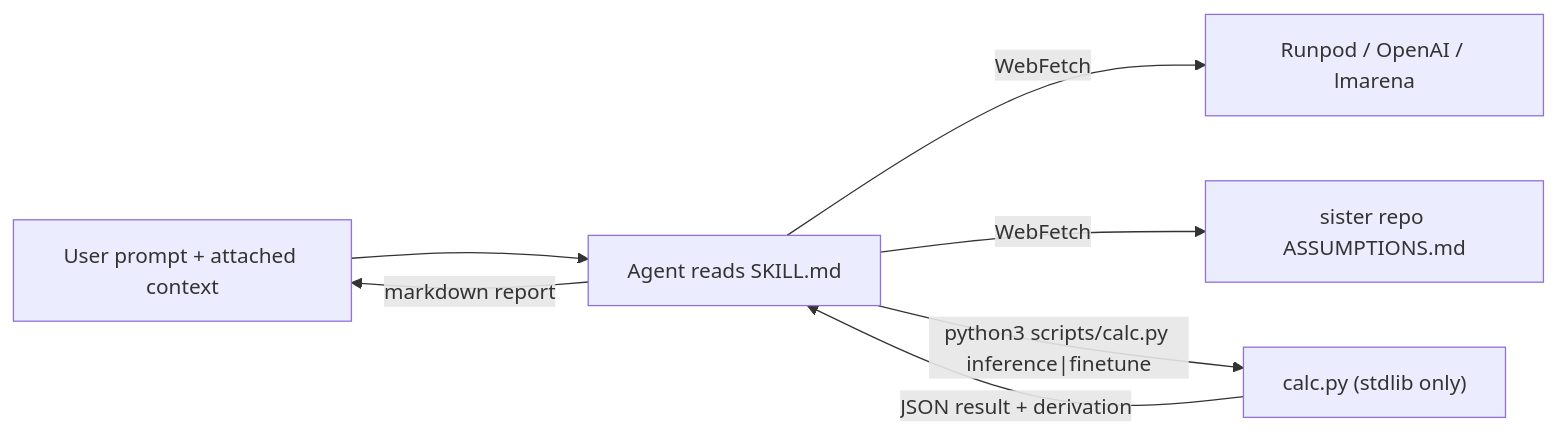
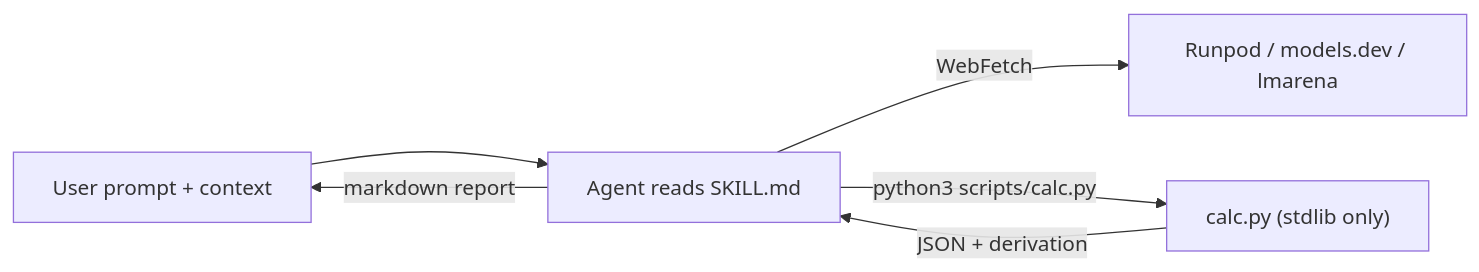
The diagram in README.md (artvandelay/api-vs-selfhost-skill), drawn with Mermaid before and after one commit. The commit also changed other lines of this file, not shown here.

First line of the commit message:
README: tighten — one install block, one How-it-works, fix mermaid

````diff
--- a/README.md
+++ b/README.md
@@ -47,9 +39,8 @@
 ```mermaid
 flowchart LR
-  User["User prompt + attached context"] --> Agent
-  Agent["Agent reads SKILL.md"] -->|"WebFetch"| Web["Runpod / OpenAI / lmarena"]
-  Agent -->|"WebFetch"| AssumeRepo["sister repo ASSUMPTIONS.md"]
-  Agent -->|"python3 scripts/calc.py inference|finetune"| Calc["calc.py (stdlib only)"]
-  Calc -->|"JSON result + derivation"| Agent
+  User["User prompt + context"] --> Agent
+  Agent["Agent reads SKILL.md"] -->|"WebFetch"| Web["Runpod / models.dev / lmarena"]
+  Agent -->|"python3 scripts/calc.py"| Calc["calc.py (stdlib only)"]
+  Calc -->|"JSON + derivation"| Agent
   Agent -->|"markdown report"| User
 ```
````
